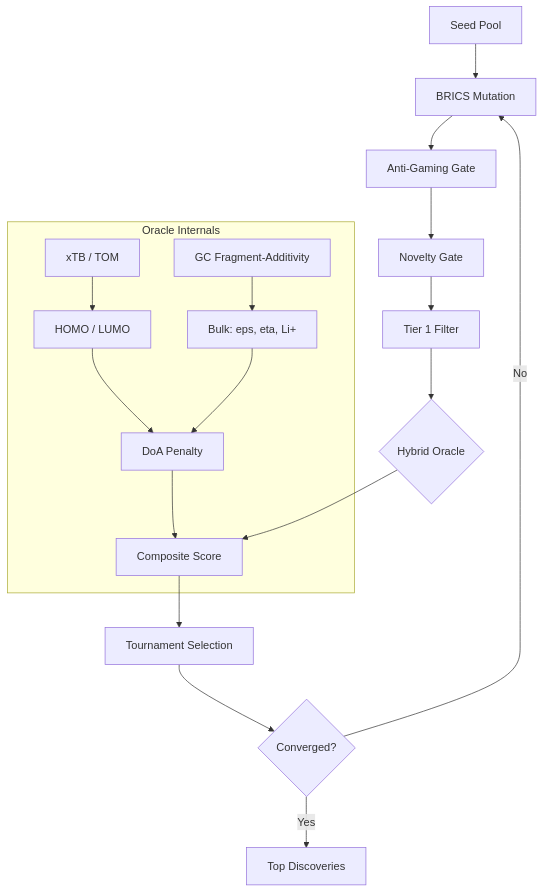
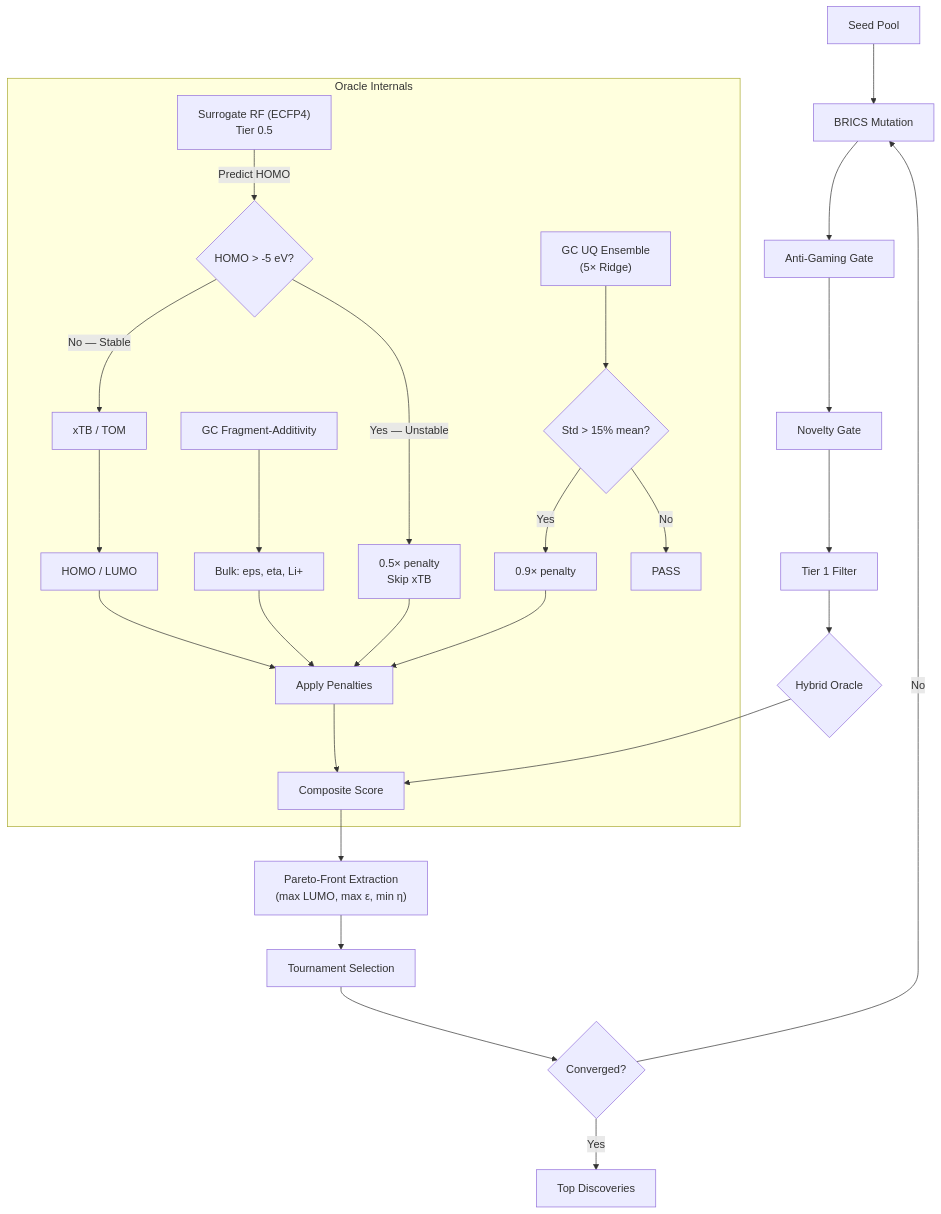
The diagram in README.md (tomwolfe/ProjectAurelius), drawn with Mermaid before and after one commit. The commit also changed other lines of this file and 14 other files, not shown here.

Commit message:
v10.1.0: surrogate oracle, BRICS grounding, Pareto tracking, GC UQ

````diff
--- a/README.md
+++ b/README.md
@@ -21,22 +22,30 @@
 ```mermaid
 flowchart TD
     A["Seed Pool"] --> B["BRICS Mutation"]
     B --> C["Anti-Gaming Gate"]
     C --> D["Novelty Gate"]
     D --> E["Tier 1 Filter"]
     E --> F{"Hybrid Oracle"}
 
     subgraph Oracle["Oracle Internals"]
-        G["xTB / TOM"] --> H["HOMO / LUMO"]
-        I["GC Fragment-Additivity"] --> J["Bulk: eps, eta, Li+"]
-        H --> K["DoA Penalty"]
-        J --> K
-        K --> L["Composite Score"]
+        SURR["Surrogate RF (ECFP4)<br/>Tier 0.5"] -->|Predict HOMO| SURR_Q{"HOMO > -5 eV?"}
+        SURR_Q -->|Yes — Unstable| PEN_S["0.5× penalty<br/>Skip xTB"]
+        SURR_Q -->|No — Stable| XTB["xTB / TOM"] --> HL["HOMO / LUMO"]
+        GC["GC Fragment-Additivity"] --> BULK["Bulk: eps, eta, Li+"]
+        UQ["GC UQ Ensemble<br/>(5× Ridge)"] --> UQ_Q{"Std > 15% mean?"}
+        UQ_Q -->|Yes| PEN_UQ["0.9× penalty"]
+        UQ_Q -->|No| PASS
+        HL --> DOA
+        BULK --> DOA
+        PEN_S --> DOA
+        PEN_UQ --> DOA
+        DOA["Apply Penalties"] --> SCORE["Composite Score"]
     end
 
-    F --> L
-    L --> M["Tournament Selection"]
-    M --> N{"Converged?"}
-    N -->|No| B
-    N -->|Yes| O["Top Discoveries"]
+    F --> SCORE
+    SCORE --> PARETO["Pareto-Front Extraction<br/>(max LUMO, max ε, min η)"]
+    PARETO --> SEL["Tournament Selection"]
+    SEL --> CONV{"Converged?"}
+    CONV -->|No| B
+    CONV -->|Yes| TOP["Top Discoveries"]
 ```
````
